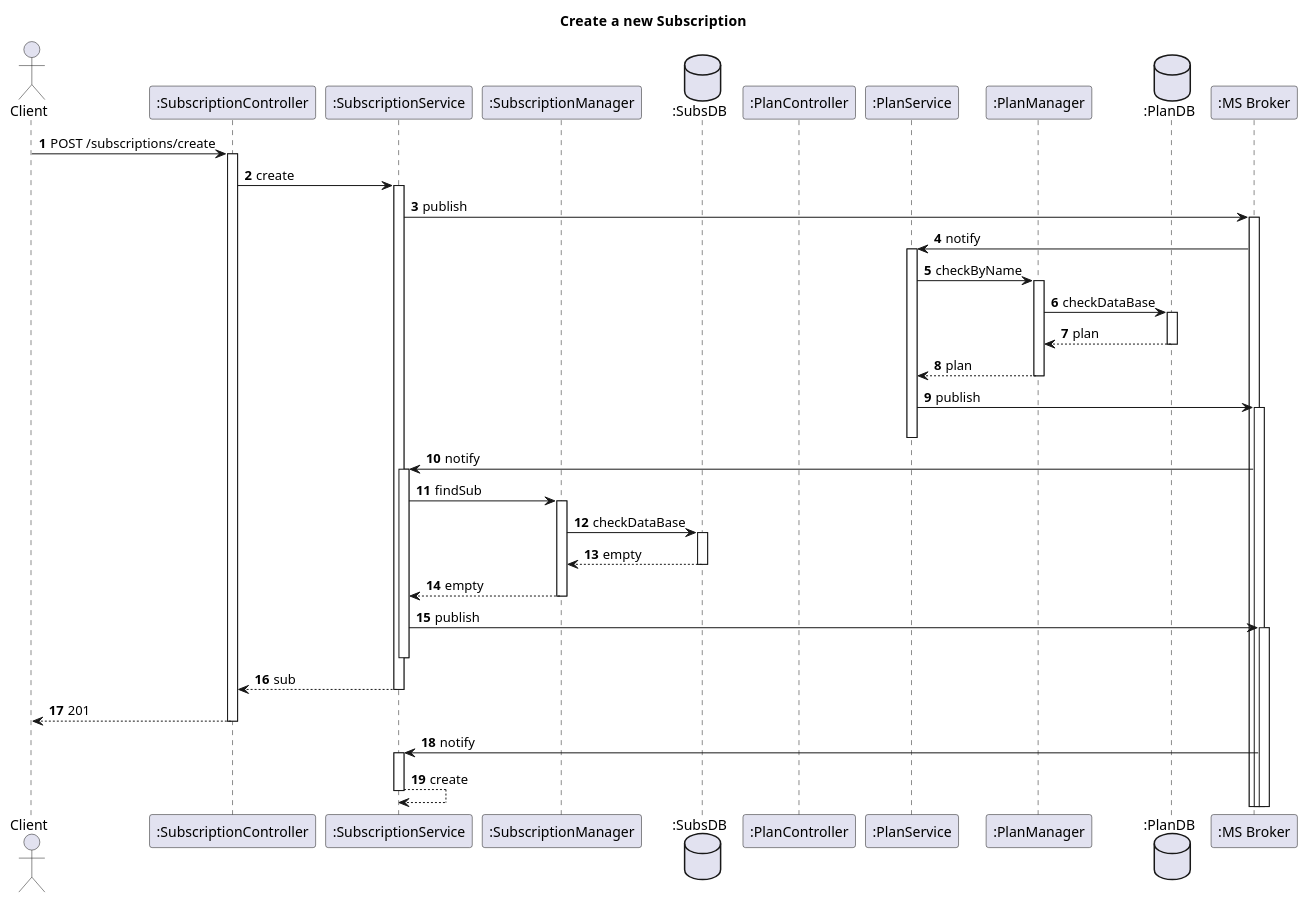
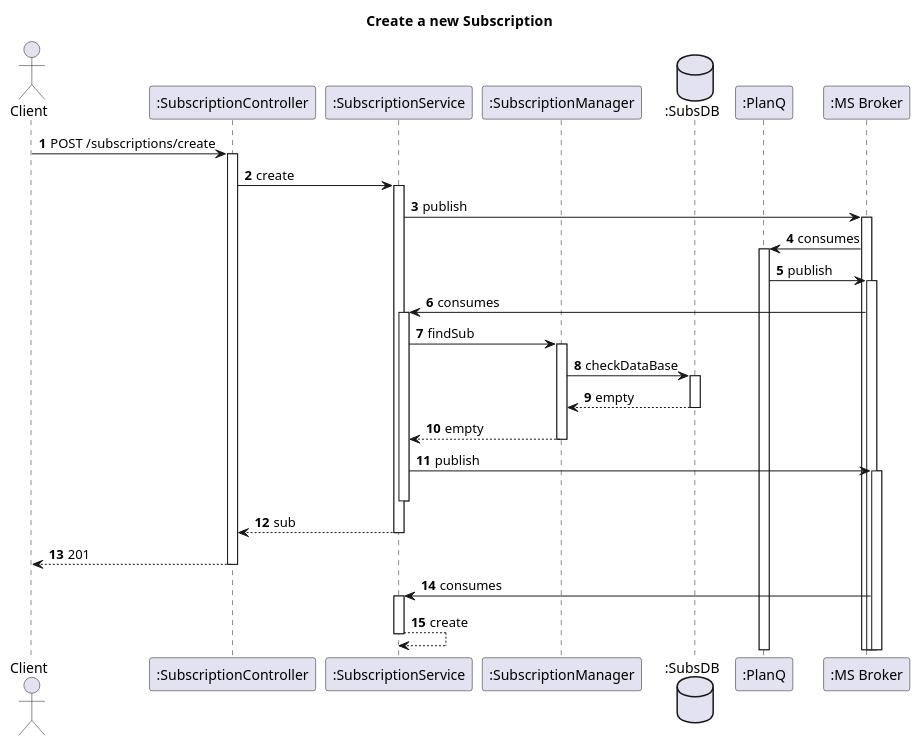
One commit to IsepMartimOliveira/SIDIS changed the diagram in docs_sidis/Segunda_Avalição/Subs/Vista Logica/N3/CreateSubscription.puml. Above: the diagram before and after it, drawn with PlantUML. The commit also changed 23 other files, not shown here.

```diff
--- a/docs_sidis/Segunda_Avalição/Subs/Vista Logica/N3/CreateSubscription.puml
+++ b/docs_sidis/Segunda_Avalição/Subs/Vista Logica/N3/CreateSubscription.puml
@@ -1,47 +1,40 @@
 @startuml
 'https://plantuml.com/sequence-diagram
 autoactivate on
 autonumber
 title  Create  a new Subscription
 
 autonumber
 
 actor "Client" as Ac
 participant ":SubscriptionController" as Auth
 participant ":SubscriptionService" as SService
 participant ":SubscriptionManager" as UManager
 database ":SubsDB" as SDB
-participant ":PlanController" as Plan
-participant ":PlanService" as PService
-participant ":PlanManager" as PManager
-database ":PlanDB" as PDB
+participant ":PlanQ" as Plan
+
 
 
 participant ":MS Broker" as Broker
 
 Ac->Auth: POST /subscriptions/create
 Auth->SService: create
-SService->Broker: publish
-Broker->PService: notify
-PService-> PManager: checkByName
-PManager-> PDB: checkDataBase
-PDB-->PManager:plan
-PManager-->PService:plan
-PService->Broker: publish
-deactivate PService
-Broker->SService:notify
 
+SService-> Broker: publish
+Broker->Plan:consumes
+Plan->Broker:publish
 
+Broker->SService:consumes
 SService->UManager:findSub
 UManager->SDB: checkDataBase
 SDB-->UManager:empty
 UManager --> SService:empty
 SService->Broker: publish
 deactivate SService
 SService -->Auth:sub
 Auth --> Ac : 201
-Broker-> SService: notify
+Broker-> SService: consumes
 SService --> SService: create
 
 
 @enduml
```
